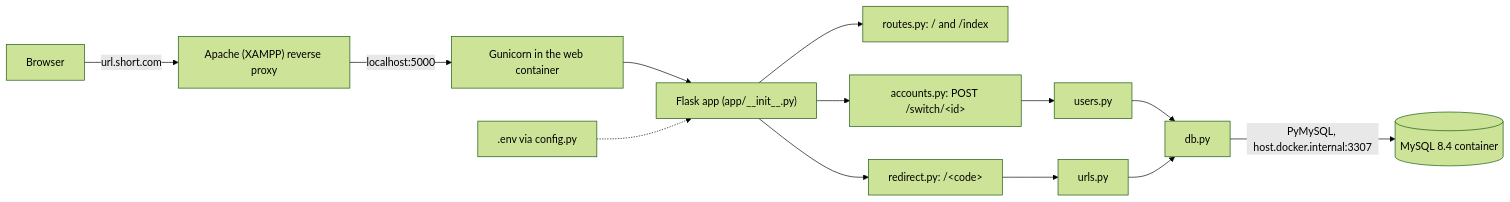
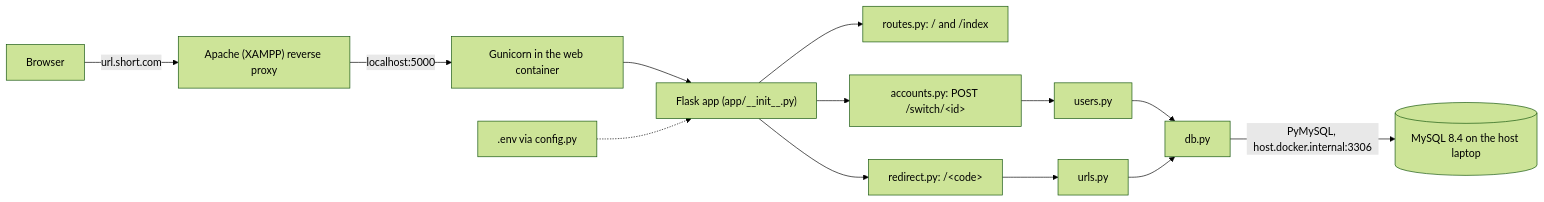
Before and after one commit to GreenDAS/url_shortener: the first of 2 diagrams in docs/README.md, drawn with Mermaid (forest theme). The commit also changed other lines of this file and 6 other files, not shown here.

````diff
--- a/docs/README.md
+++ b/docs/README.md
@@ -24,15 +25,15 @@
 ```mermaid
 flowchart LR
     B[Browser] -->|url.short.com| AP["Apache (XAMPP) reverse proxy"]
     AP -->|localhost:5000| G["Gunicorn in the web container"]
     G --> F["Flask app (app/__init__.py)"]
     F --> R1["routes.py: / and /index"]
     F --> R2["accounts.py: POST /switch/&lt;id&gt;"]
     F --> R3["redirect.py: /&lt;code&gt;"]
     R2 --> US[users.py]
     R3 --> UR[urls.py]
     US --> DB[db.py]
     UR --> DB
-    DB -->|"PyMySQL, host.docker.internal:3307"| M[("MySQL 8.4 container")]
+    DB -->|"PyMySQL, host.docker.internal:3306"| M[("MySQL 8.4 on the host laptop")]
     CFG[".env via config.py"] -.-> F
 ```
````
